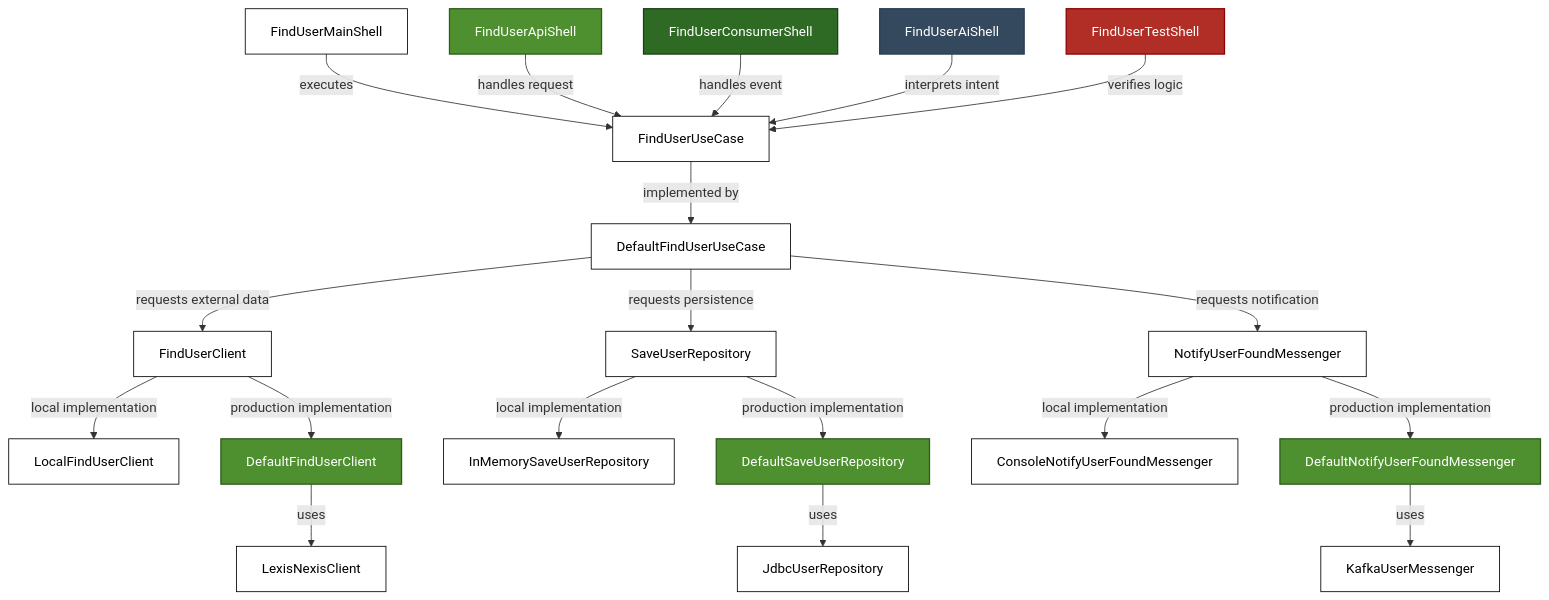
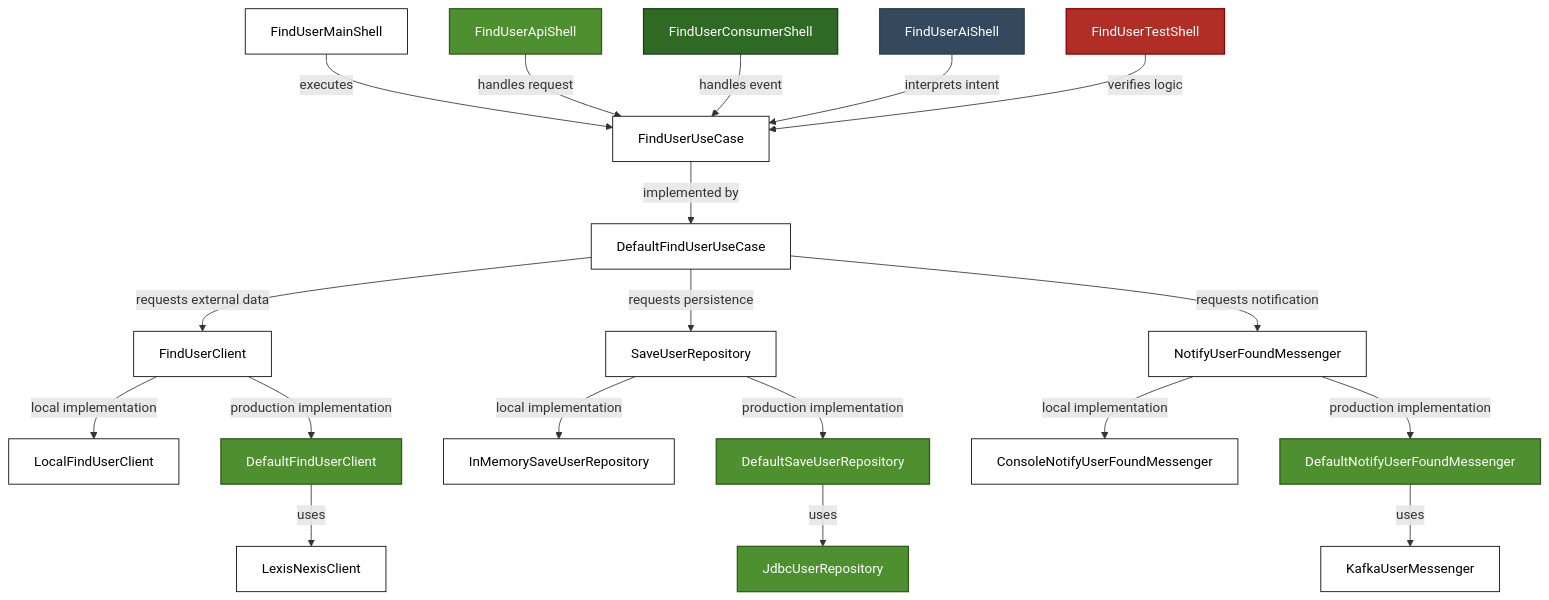
Before and after one commit to hermi-projects/hermi: the diagram in README.md, drawn with Mermaid.

Commit message:
docs: update class diagram mapping for A_ProdRepoImpl in README.md

````diff
--- a/README.md
+++ b/README.md
@@ -627,58 +627,59 @@
 ```mermaid
 graph TD
     %% Main Shell
     S_Main[FindUserMainShell] -->|executes| U_UseCase
 
     %% API Shell
     S_Api[FindUserApiShell] -->|handles request| U_UseCase
 
     %% Consumer Shell
     S_Consumer[FindUserConsumerShell] -->|handles event| U_UseCase
 
     %% AI Shell (New Entry Point)
     S_Ai[FindUserAiShell] -->|interprets intent| U_UseCase
 
     %% JUnit Shell
     S_JUnit[FindUserTestShell] -->|verifies logic| U_UseCase
     
     %% Use Case Interface -> Default Implementation
     U_UseCase[FindUserUseCase] -->|implemented by| U_Default[DefaultFindUserUseCase]
     
     %% Default Implementation -> Contracts
     U_Default -->|requests external data| U_Client[FindUserClient]
     U_Default -->|requests persistence| U_Repo[SaveUserRepository]
     U_Default -->|requests notification| U_Messenger[NotifyUserFoundMessenger]
 
     %% Local Implementations
     U_Client -->|local implementation| A_LocalClient[LocalFindUserClient]
     U_Repo -->|local implementation| A_LocalRepo[InMemorySaveUserRepository]
     U_Messenger -->|local implementation| A_LocalMessenger[ConsoleNotifyUserFoundMessenger]
 
     %% Production Implementations (Updated)
     U_Client -->|production implementation| A_ProdClient[DefaultFindUserClient]
     A_ProdClient -->|uses| A_ProdClientImpl[LexisNexisClient]
 
     U_Repo -->|production implementation| A_ProdRepo[DefaultSaveUserRepository]
     A_ProdRepo -->|uses| A_ProdRepoImpl[JdbcUserRepository]
 
     U_Messenger -->|production implementation| A_ProdMessenger[DefaultNotifyUserFoundMessenger]
     A_ProdMessenger -->|uses| A_ProdMessengerImpl[KafkaUserMessenger]
 
     %% Styling
     classDef local fill:#FFFFFF,color:#000000,stroke:#000000,stroke-width:1px
     classDef api fill:#4E8F2F,color:#FFFFFF,stroke:#2F5A1C,stroke-width:1.5px
     classDef consumer fill:#2E6A24,color:#FFFFFF,stroke:#1B3F15,stroke-width:1.5px
     classDef ai fill:#34495E,color:#FFFFFF,stroke:#2C3E50,stroke-width:1.5px
     classDef test fill:#B02E26,color:#FFFFFF,stroke:#8B0000,stroke-width:1.5px
     classDef core fill:#FFFFFF,color:#000000,stroke:#000000,stroke-width:1px
 
     %% Assign classes
     class S_Main,A_LocalClient,A_LocalRepo,A_LocalMessenger local
     class S_Api api
     class S_Consumer consumer
     class S_Ai ai
     class S_JUnit test
     class U_UseCase,U_Default,U_Client,U_Repo,U_Messenger core
     class A_ProdClient,A_ProdRepo,A_ProdMessenger api
-    class A_ProdClientImpl,A_ProdRepoImpl,A_ProdMessengerImpl core
+    class A_ProdClientImpl,A_ProdMessengerImpl core
+    class A_ProdRepoImpl api
 ```
````
